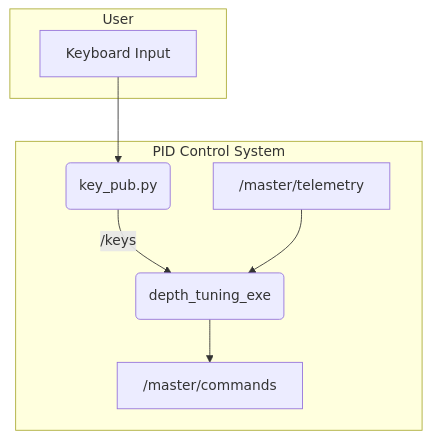
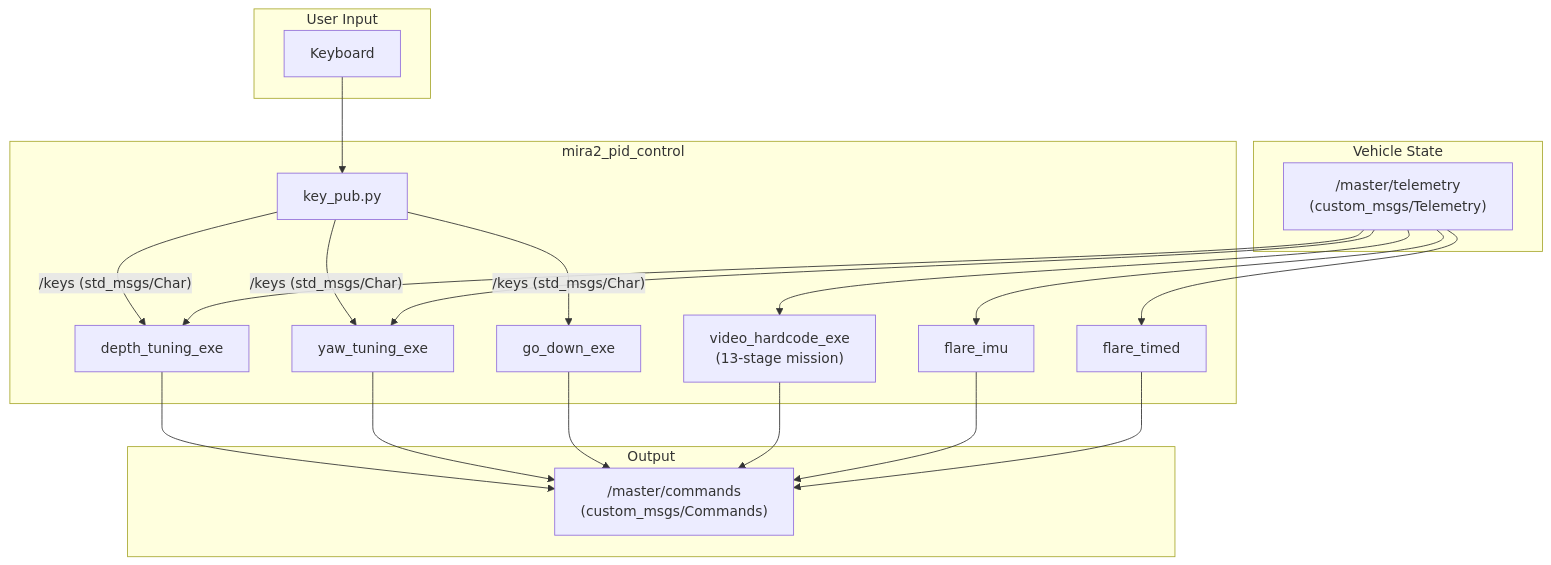
Before and after one commit to davidnoronha1/mira: the first of 2 diagrams in src/mira2_pid_control/README.md, drawn with Mermaid. The commit also changed other lines of this file and 11 other files, not shown here.

````diff
--- a/src/mira2_pid_control/README.md
+++ b/src/mira2_pid_control/README.md
@@ -15,18 +7,42 @@
 ```mermaid
 graph TD
-    subgraph User
-        A[Keyboard Input]
+    subgraph User Input
+        KB["Keyboard"]
     end
 
-    subgraph PID Control System
-        B(key_pub.py)
-        C(depth_tuning_exe)
-        D["/master/telemetry"]
-        E["/master/commands"]
+    subgraph mira2_pid_control
+        KP["key_pub.py"]
+        DT["depth_tuning_exe"]
+        YT["yaw_tuning_exe"]
+        GD["go_down_exe"]
+        VH["video_hardcode_exe<br/>(13-stage mission)"]
+        FI["flare_imu"]
+        FT["flare_timed"]
     end
 
-    A --> B;
-    B -- "/keys" --> C;
-    D --> C;
-    C --> E;
+    subgraph Vehicle State
+        TEL["/master/telemetry<br/>(custom_msgs/Telemetry)"]
+    end
+
+    subgraph Output
+        CMD["/master/commands<br/>(custom_msgs/Commands)"]
+    end
+
+    KB --> KP
+    KP -- "/keys (std_msgs/Char)" --> DT
+    KP -- "/keys (std_msgs/Char)" --> YT
+    KP -- "/keys (std_msgs/Char)" --> GD
+
+    TEL --> DT
+    TEL --> YT
+    TEL --> VH
+    TEL --> FI
+    TEL --> FT
+
+    DT --> CMD
+    YT --> CMD
+    GD --> CMD
+    VH --> CMD
+    FI --> CMD
+    FT --> CMD
 ```
````
